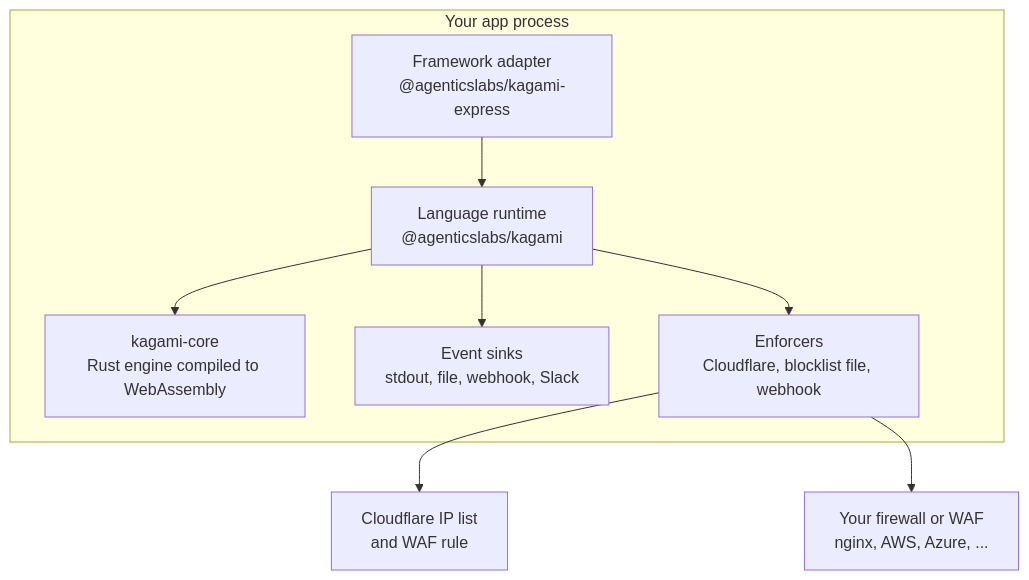
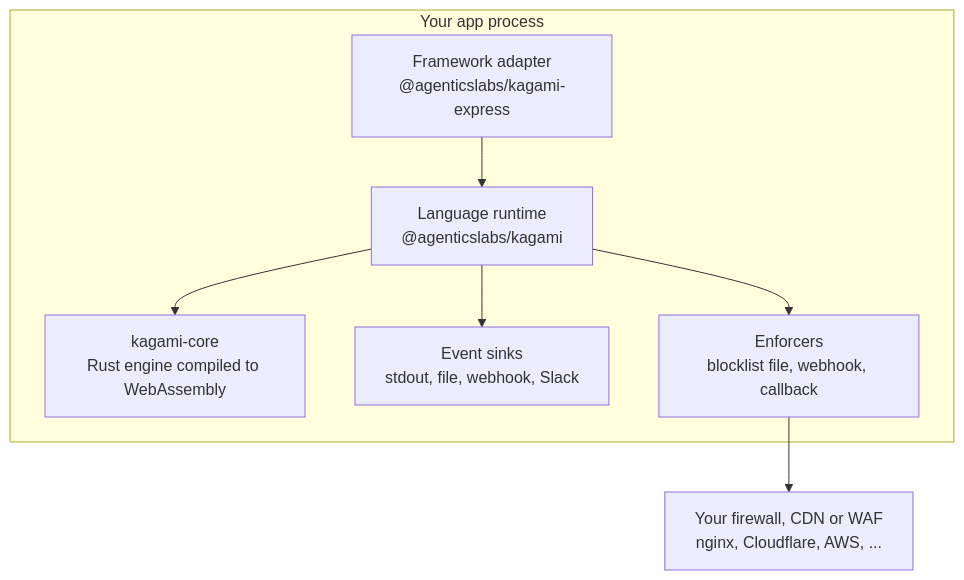
Before and after one commit to agenticslabs-xyz/lurensic: the second of 2 diagrams in README.md, drawn with Mermaid. The commit also changed other lines of this file and 25 other files, not shown here.

````diff
--- a/README.md
+++ b/README.md
@@ -78,11 +78,10 @@
 ```mermaid
 flowchart TB
     subgraph proc["Your app process"]
         AD["Framework adapter<br/>@agenticslabs/kagami-express"] --> NODE["Language runtime<br/>@agenticslabs/kagami"]
         NODE --> CORE["kagami-core<br/>Rust engine compiled to WebAssembly"]
         NODE --> SINKS["Event sinks<br/>stdout, file, webhook, Slack"]
-        NODE --> ENF["Enforcers<br/>Cloudflare, blocklist file, webhook"]
+        NODE --> ENF["Enforcers<br/>blocklist file, webhook, callback"]
     end
-    ENF --> CF["Cloudflare IP list<br/>and WAF rule"]
-    ENF --> FW["Your firewall or WAF<br/>nginx, AWS, Azure, ..."]
+    ENF --> FW["Your firewall, CDN or WAF<br/>nginx, Cloudflare, AWS, ..."]
 ```
````
